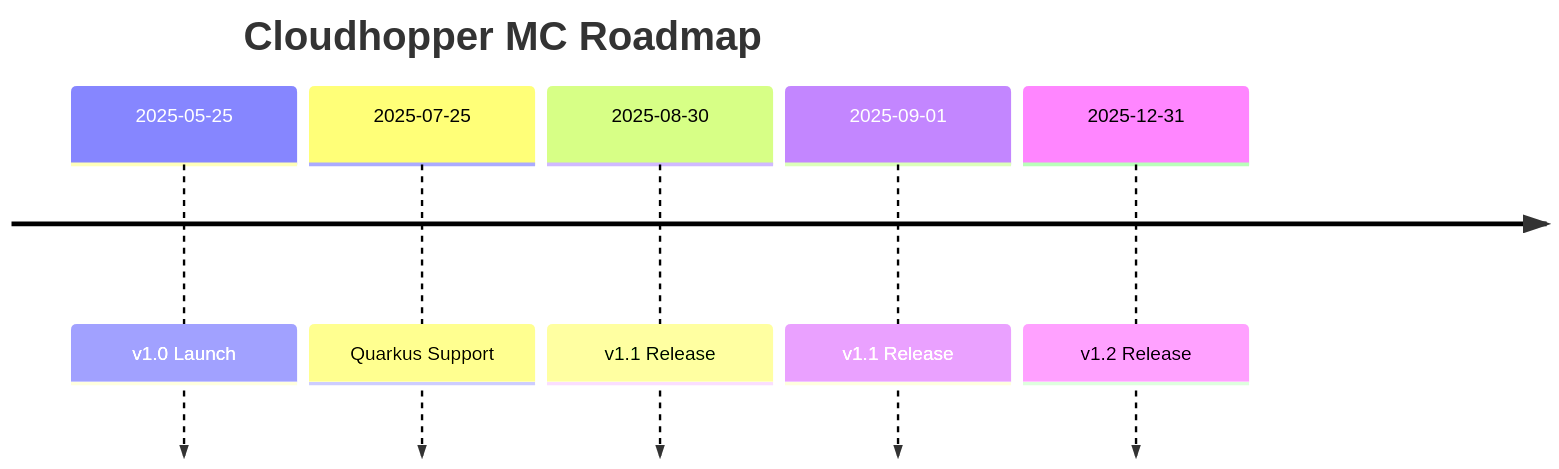
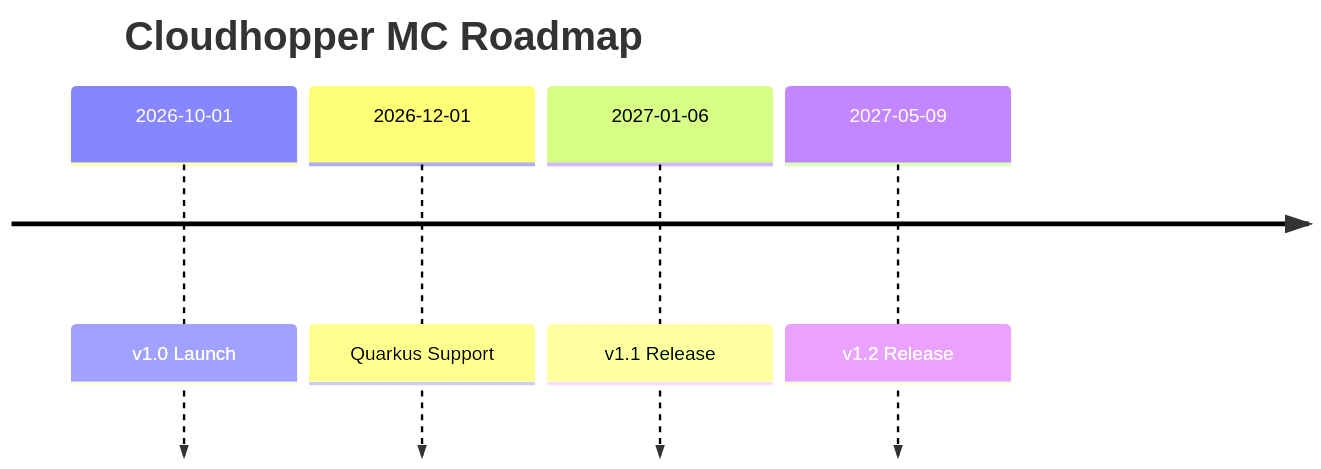
The diagram in docs/docs/roadmap.mdx (eppleton/cloudhopper-mc), drawn with Mermaid before and after one commit.

Commit message:
refs #28 update roadmap timeline
Shift the roadmap so v1.0 Launch is 2026-10-01 and push the remaining
milestones out by the same amount, preserving their original spacing.
Collapse the duplicate v1.1 entry into a single milestone.

````diff
--- a/docs/docs/roadmap.mdx
+++ b/docs/docs/roadmap.mdx
@@ -10,9 +10,8 @@
 ```mermaid
 timeline
   title Cloudhopper MC Roadmap
-  2025-05-25 : v1.0 Launch
-  2025-07-25 : Quarkus Support
-  2025-08-30 : v1.1 Release
-  2025-09-01 : v1.1 Release
-  2025-12-31 : v1.2 Release
+  2026-10-01 : v1.0 Launch
+  2026-12-01 : Quarkus Support
+  2027-01-06 : v1.1 Release
+  2027-05-09 : v1.2 Release
 ```
````
